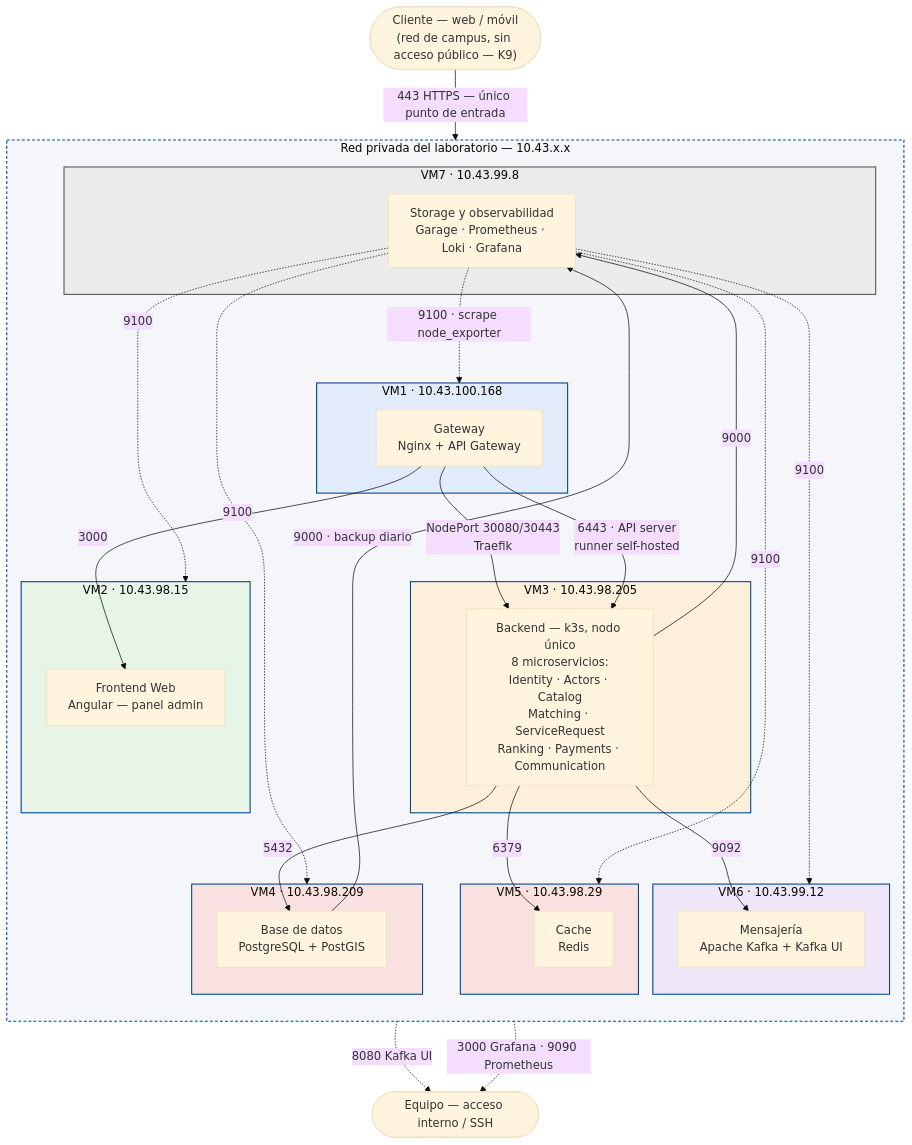
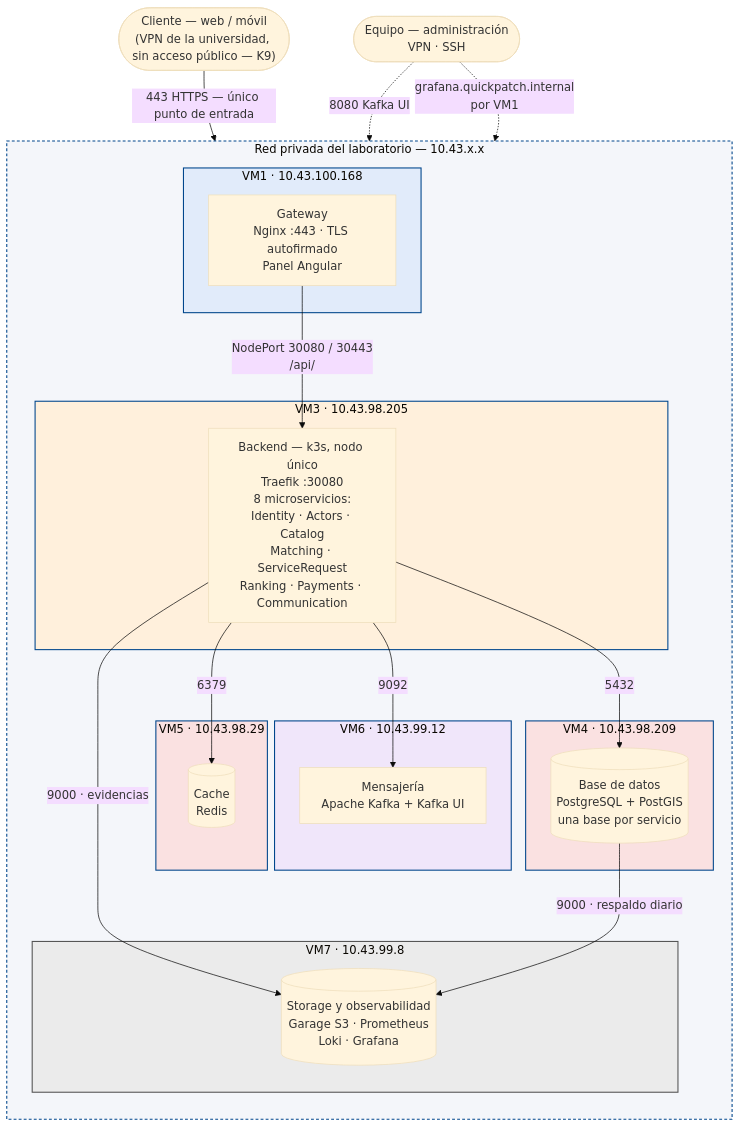
The fourth of 8 diagrams in docs/architecture/SDD.md (ARQUI-202630/quickpatch), drawn with Mermaid (base theme) before and after one commit. The commit also changed other lines of this file and 1 other file, not shown here.

First line of the commit message:
docs(arquitectura): diagrama de despliegue de producción y corrección del capítulo 7 del SDD

````diff
--- a/docs/architecture/SDD.md
+++ b/docs/architecture/SDD.md
@@ -1161,59 +1163,47 @@
 ```mermaid
 flowchart TB
-    CLIENTE(["Cliente — web / móvil<br/>(red de campus, sin acceso público — K9)"])
+    CLIENTE(["Cliente — web / móvil<br/>(VPN de la universidad, sin acceso público — K9)"])
+    EQUIPO(["Equipo — administración<br/>VPN · SSH"])
 
     subgraph LAB["Red privada del laboratorio — 10.43.x.x"]
     direction TB
 
         subgraph VM1N["VM1 · 10.43.100.168"]
-            VM1["Gateway<br/>Nginx + API Gateway"]
-        end
-        subgraph VM2N["VM2 · 10.43.98.15"]
-            VM2["Frontend Web<br/>Angular — panel admin"]
+            VM1["Gateway<br/>Nginx :443 · TLS autofirmado<br/>Panel Angular"]
         end
         subgraph VM3N["VM3 · 10.43.98.205"]
-            VM3["Backend — k3s, nodo único<br/>8 microservicios:<br/>Identity · Actors · Catalog<br/>Matching · ServiceRequest<br/>Ranking · Payments · Communication"]
+            VM3["Backend — k3s, nodo único<br/>Traefik :30080<br/>8 microservicios:<br/>Identity · Actors · Catalog<br/>Matching · ServiceRequest<br/>Ranking · Payments · Communication"]
         end
         subgraph VM4N["VM4 · 10.43.98.209"]
-            VM4["Base de datos<br/>PostgreSQL + PostGIS"]
+            VM4[("Base de datos<br/>PostgreSQL + PostGIS<br/>una base por servicio")]
         end
         subgraph VM5N["VM5 · 10.43.98.29"]
-            VM5["Cache<br/>Redis"]
+            VM5[("Cache<br/>Redis")]
         end
         subgraph VM6N["VM6 · 10.43.99.12"]
             VM6["Mensajería<br/>Apache Kafka + Kafka UI"]
         end
         subgraph VM7N["VM7 · 10.43.99.8"]
-            VM7["Storage y observabilidad<br/>Garage · Prometheus · Loki · Grafana"]
+            VM7[("Storage y observabilidad<br/>Garage S3 · Prometheus<br/>Loki · Grafana")]
         end
 
-        VM1 -->|"3000"| VM2
-        VM1 -->|"NodePort 30080/30443<br/>Traefik"| VM3
-        VM1 -->|"6443 · API server<br/>runner self-hosted"| VM3
+        VM1 -->|"NodePort 30080 / 30443<br/>/api/"| VM3
         VM3 -->|"5432"| VM4
         VM3 -->|"6379"| VM5
         VM3 -->|"9092"| VM6
-        VM3 -->|"9000"| VM7
-        VM4 -->|"9000 · backup diario"| VM7
-        VM7 -.->|"9100 · scrape node_exporter"| VM1N
-        VM7 -.->|"9100"| VM2N
-        VM7 -.->|"9100"| VM4N
-        VM7 -.->|"9100"| VM5N
-        VM7 -.->|"9100"| VM6N
+        VM3 -->|"9000 · evidencias"| VM7
+        VM4 -->|"9000 · respaldo diario"| VM7
     end
 
     CLIENTE -->|"443 HTTPS — único punto de entrada"| VM1
-
-    EQUIPO(["Equipo — acceso interno / SSH"])
-    VM6 -.->|"8080 Kafka UI"| EQUIPO
-    VM7 -.->|"3000 Grafana · 9090 Prometheus"| EQUIPO
+    EQUIPO -.->|"8080 Kafka UI"| VM6
+    EQUIPO -.->|"grafana.quickpatch.internal<br/>por VM1"| VM1
 
     style LAB fill:#f4f6fa,stroke:#00468C,stroke-width:1.5px,stroke-dasharray:4 3
     style VM1N fill:#E1EBFA,stroke:#00468C,stroke-width:1.5px
-    style VM2N fill:#E6F5E6,stroke:#00468C,stroke-width:1.5px
     style VM3N fill:#FFF0DC,stroke:#00468C,stroke-width:1.5px
     style VM4N fill:#FAE1E1,stroke:#00468C,stroke-width:1.5px
     style VM5N fill:#FAE1E1,stroke:#00468C,stroke-width:1.5px
     style VM6N fill:#F0E6FA,stroke:#00468C,stroke-width:1.5px
     style VM7N fill:#EBEBEB,stroke:#555555,stroke-width:1.5px
 ```
````
